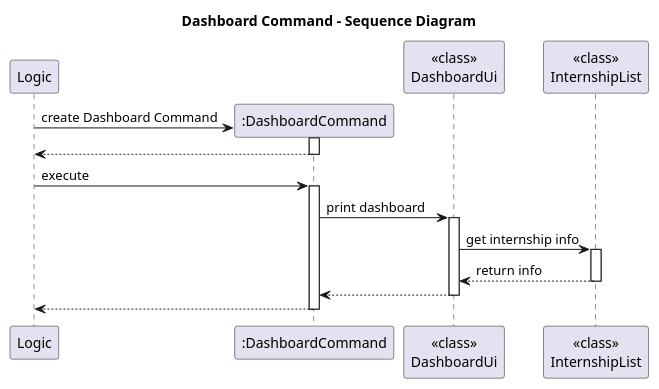
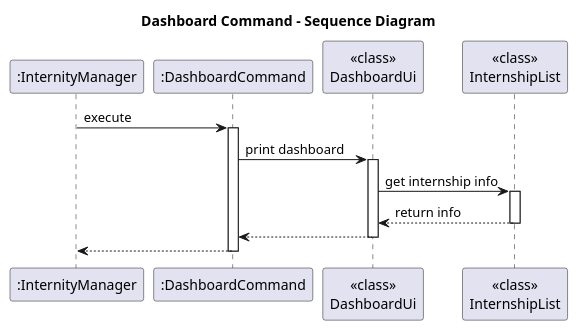
The diagram in docs/diagrams/DashboardCommandSD.puml (AY2526S1-CS2113-W14-4/tp), drawn with PlantUML before and after one commit. The commit also changed 15 other files, not shown here.

Commit message:
Fix more UML diagrams

```diff
--- a/docs/diagrams/DashboardCommandSD.puml
+++ b/docs/diagrams/DashboardCommandSD.puml
@@ -1,29 +1,27 @@
 @startuml
 title Dashboard Command - Sequence Diagram
 
-participant Logic
-create ":DashboardCommand" as DC
+participant ":InternityManager" as Logic
+participant ":DashboardCommand" as DC
 participant "<<class>>\nDashboardUi" as DUi
 participant "<<class>>\nInternshipList" as IL
 
-Logic -> DC** : create Dashboard Command
-activate DC
-return
+
 
 Logic -> DC : execute
 activate DC
 
 DC -> DUi : print dashboard
 activate DUi
 
 DUi -> IL : get internship info
 activate IL
 IL --> DUi : return info
 deactivate IL
 
 DUi --> DC
 deactivate DUi
 
 DC --> Logic
 deactivate DC
 @enduml
```
